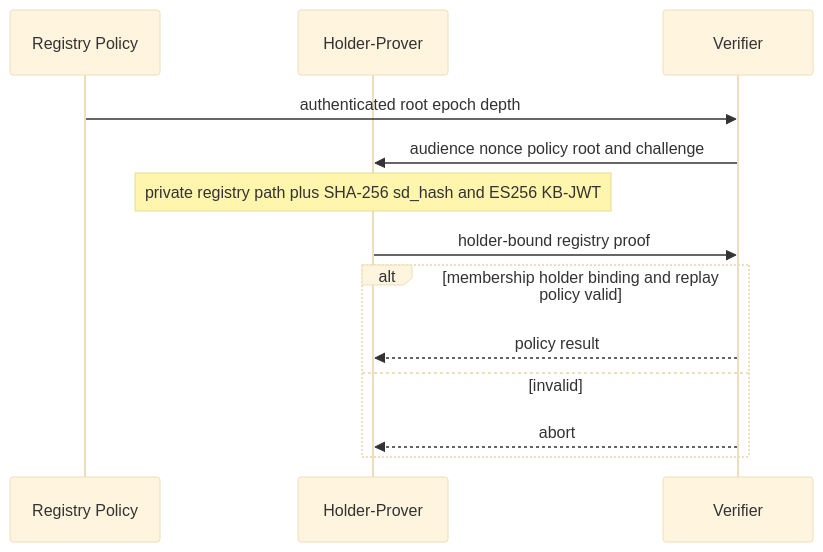
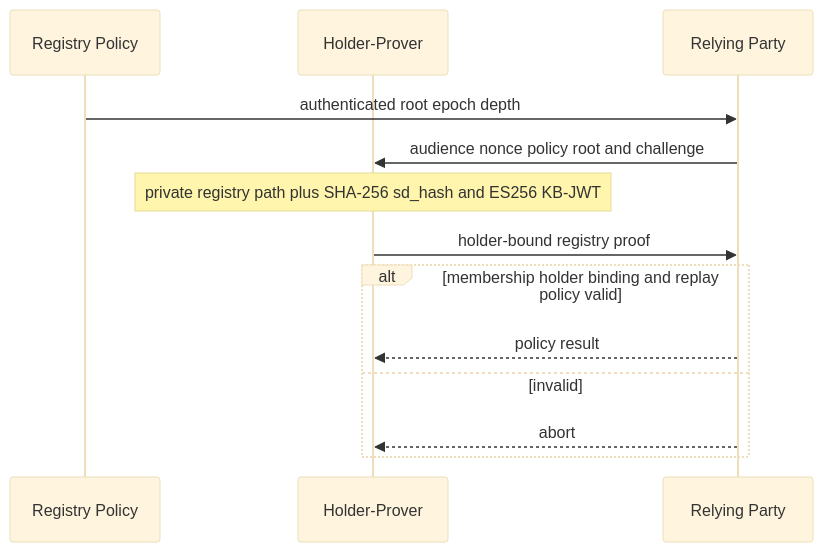
One commit to ForkbombEu/sd-jwt-zk changed the fifth of 6 diagrams in spec/protocol-sequences.md. Above: the diagram before and after it, drawn with Mermaid (base theme). The commit also changed other lines of this file and 43 other files, not shown here.

````diff
--- a/spec/protocol-sequences.md
+++ b/spec/protocol-sequences.md
@@ -71,15 +71,15 @@
 ```mermaid
 sequenceDiagram
  participant R as Registry Policy
  participant H as Holder-Prover
- participant V as Verifier
- R->>V: authenticated root epoch depth
- V->>H: audience nonce policy root and challenge
+ participant RP as Relying Party
+ R->>RP: authenticated root epoch depth
+ RP->>H: audience nonce policy root and challenge
  Note over H: private registry path plus SHA-256 sd_hash and ES256 KB-JWT
- H->>V: holder-bound registry proof
+ H->>RP: holder-bound registry proof
  alt membership holder binding and replay policy valid
-  V-->>H: policy result
+  RP-->>H: policy result
  else invalid
-  V-->>H: abort
+  RP-->>H: abort
  end
 ```
````
